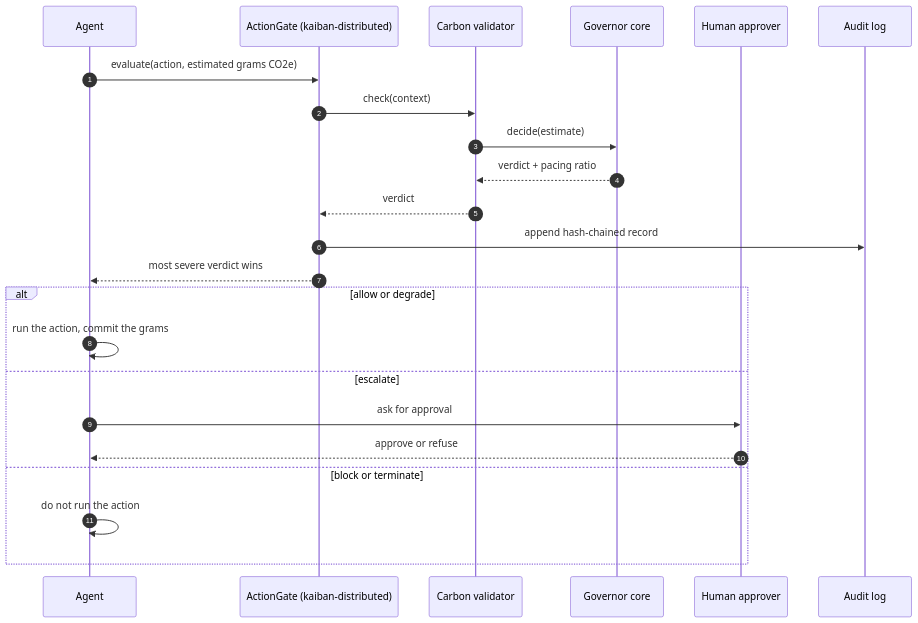
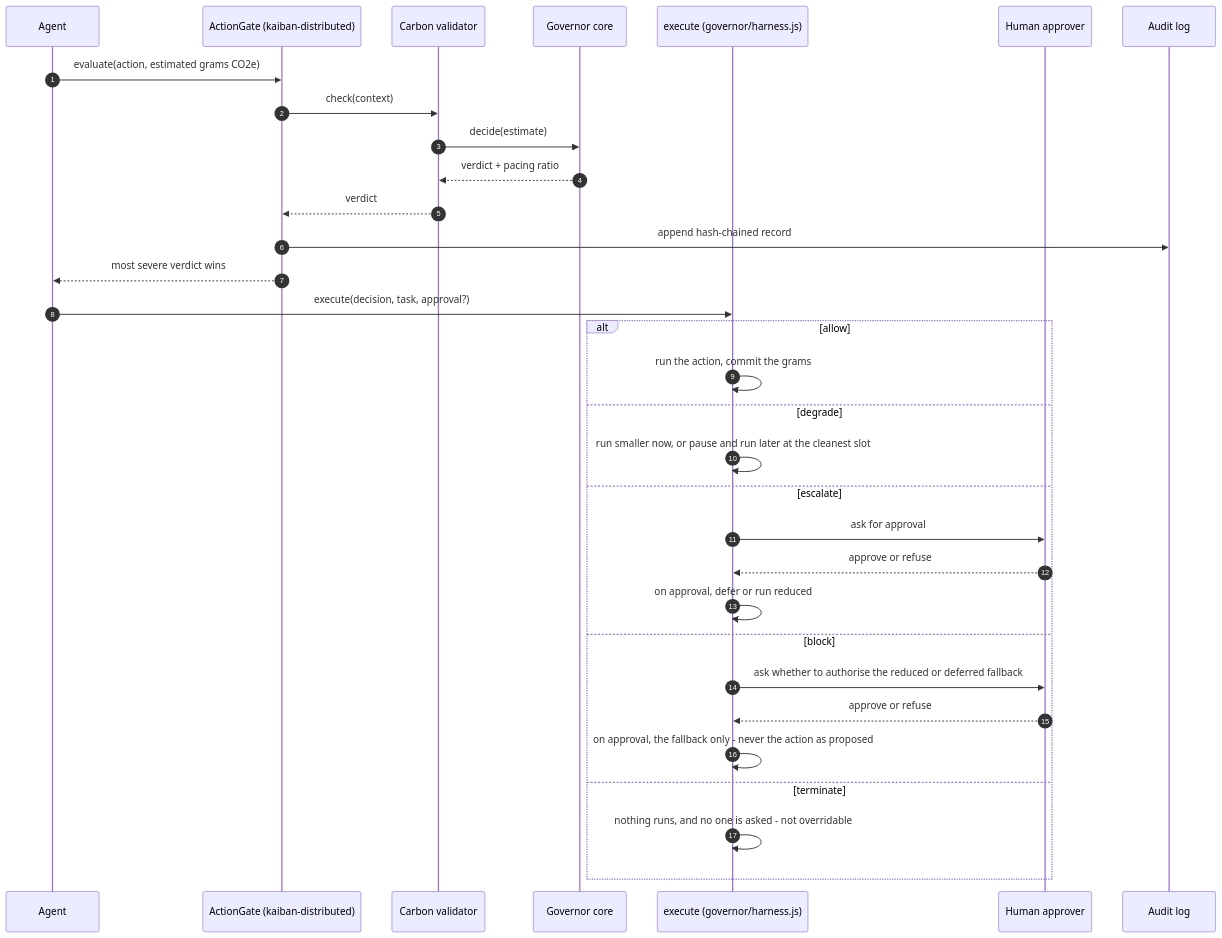
One commit to andreibesleaga/sustainability-loop-eval changed the diagram in docs/architecture/c4/runtime-governed-decision.mmd. Above: the diagram before and after it, drawn with Mermaid. The commit also changed 89 other files, not shown here.

```diff
--- a/docs/architecture/c4/runtime-governed-decision.mmd
+++ b/docs/architecture/c4/runtime-governed-decision.mmd
@@ -1,24 +1,33 @@
 sequenceDiagram
   autonumber
   participant A as Agent
   participant G as ActionGate (kaiban-distributed)
   participant V as Carbon validator
   participant C as Governor core
+  participant X as execute (governor/harness.js)
   participant H as Human approver
   participant L as Audit log
 
   A->>G: evaluate(action, estimated grams CO2e)
   G->>V: check(context)
   V->>C: decide(estimate)
   C-->>V: verdict + pacing ratio
   V-->>G: verdict
   G->>L: append hash-chained record
   G-->>A: most severe verdict wins
-  alt allow or degrade
-    A->>A: run the action, commit the grams
+  A->>X: execute(decision, task, approval?)
+  alt allow
+    X->>X: run the action, commit the grams
+  else degrade
+    X->>X: run smaller now, or pause and run later at the cleanest slot
   else escalate
-    A->>H: ask for approval
-    H-->>A: approve or refuse
-  else block or terminate
-    A->>A: do not run the action
+    X->>H: ask for approval
+    H-->>X: approve or refuse
+    X->>X: on approval, defer or run reduced
+  else block
+    X->>H: ask whether to authorise the reduced or deferred fallback
+    H-->>X: approve or refuse
+    X->>X: on approval, the fallback only - never the action as proposed
+  else terminate
+    X->>X: nothing runs, and no one is asked - not overridable
   end
```
